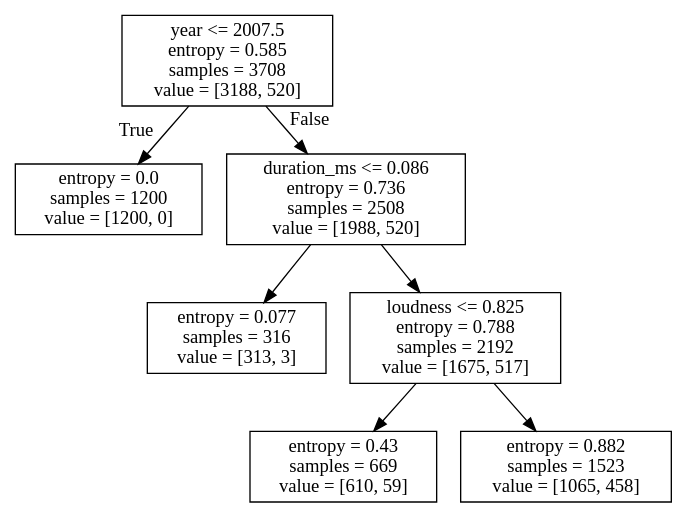
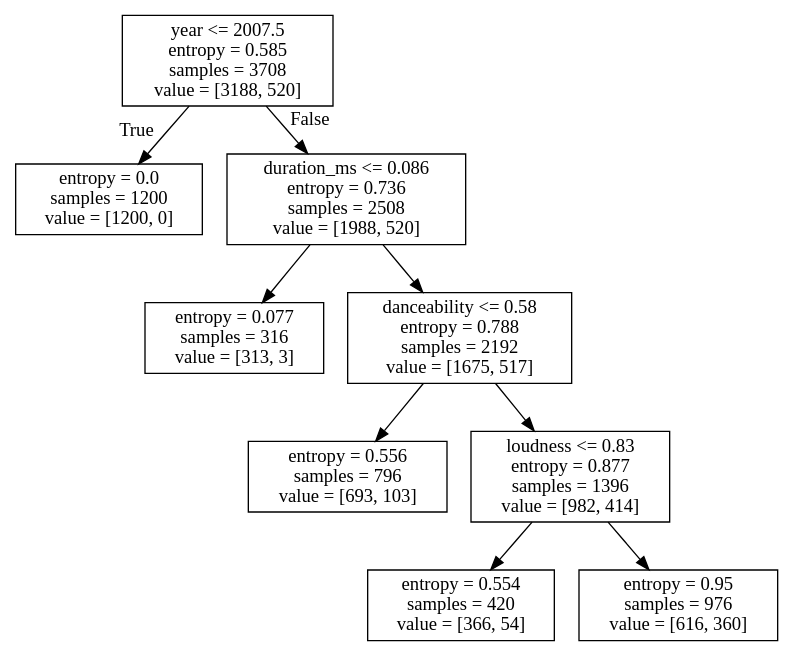
The diagram in pop_DT.dot (CrystalCo/audio_features_popularity_classifiers), drawn with Graphviz before and after one commit. The commit also changed 15 other files, not shown here.

```diff
--- a/pop_DT.dot
+++ b/pop_DT.dot
@@ -1,16 +1,20 @@
 digraph Tree {
 node [shape=box] ;
 0 [label="year <= 2007.5\nentropy = 0.585\nsamples = 3708\nvalue = [3188, 520]"] ;
 1 [label="entropy = 0.0\nsamples = 1200\nvalue = [1200, 0]"] ;
 0 -> 1 [labeldistance=2.5, labelangle=45, headlabel="True"] ;
 2 [label="duration_ms <= 0.086\nentropy = 0.736\nsamples = 2508\nvalue = [1988, 520]"] ;
 0 -> 2 [labeldistance=2.5, labelangle=-45, headlabel="False"] ;
 3 [label="entropy = 0.077\nsamples = 316\nvalue = [313, 3]"] ;
 2 -> 3 ;
-4 [label="loudness <= 0.825\nentropy = 0.788\nsamples = 2192\nvalue = [1675, 517]"] ;
+4 [label="danceability <= 0.58\nentropy = 0.788\nsamples = 2192\nvalue = [1675, 517]"] ;
 2 -> 4 ;
-5 [label="entropy = 0.43\nsamples = 669\nvalue = [610, 59]"] ;
+5 [label="entropy = 0.556\nsamples = 796\nvalue = [693, 103]"] ;
 4 -> 5 ;
-6 [label="entropy = 0.882\nsamples = 1523\nvalue = [1065, 458]"] ;
+6 [label="loudness <= 0.83\nentropy = 0.877\nsamples = 1396\nvalue = [982, 414]"] ;
 4 -> 6 ;
+7 [label="entropy = 0.554\nsamples = 420\nvalue = [366, 54]"] ;
+6 -> 7 ;
+8 [label="entropy = 0.95\nsamples = 976\nvalue = [616, 360]"] ;
+6 -> 8 ;
 }
```
